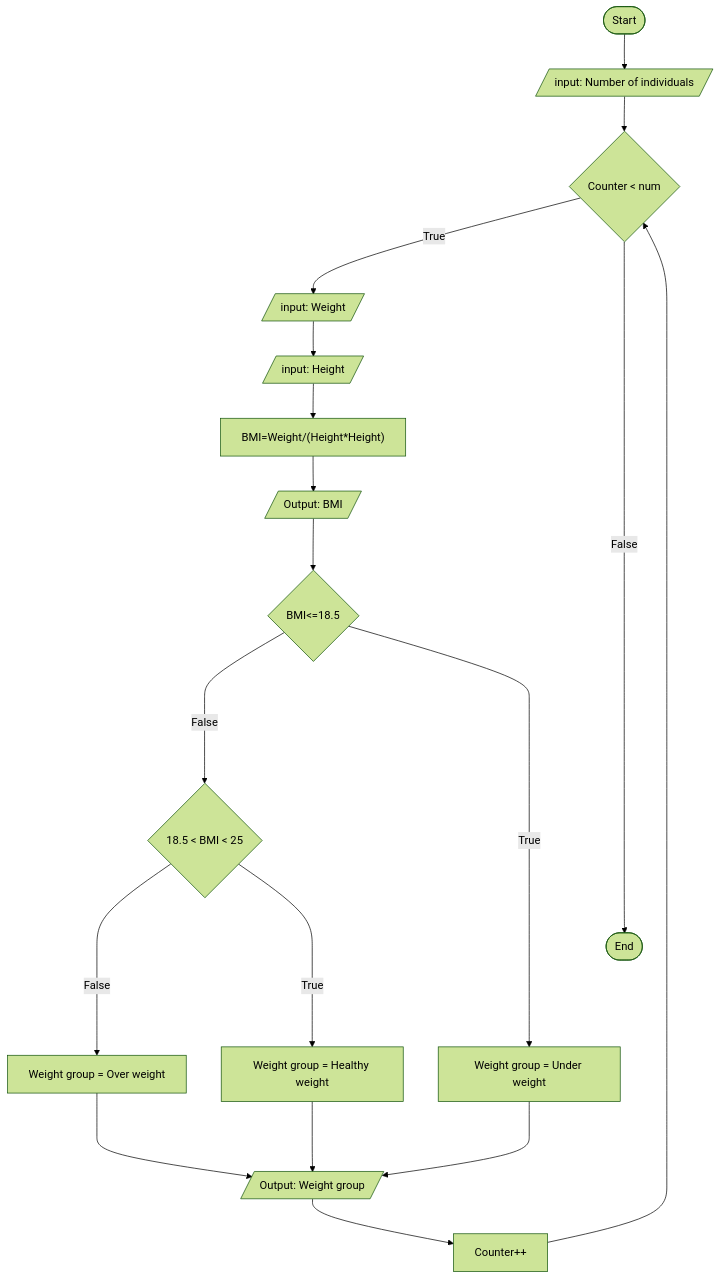
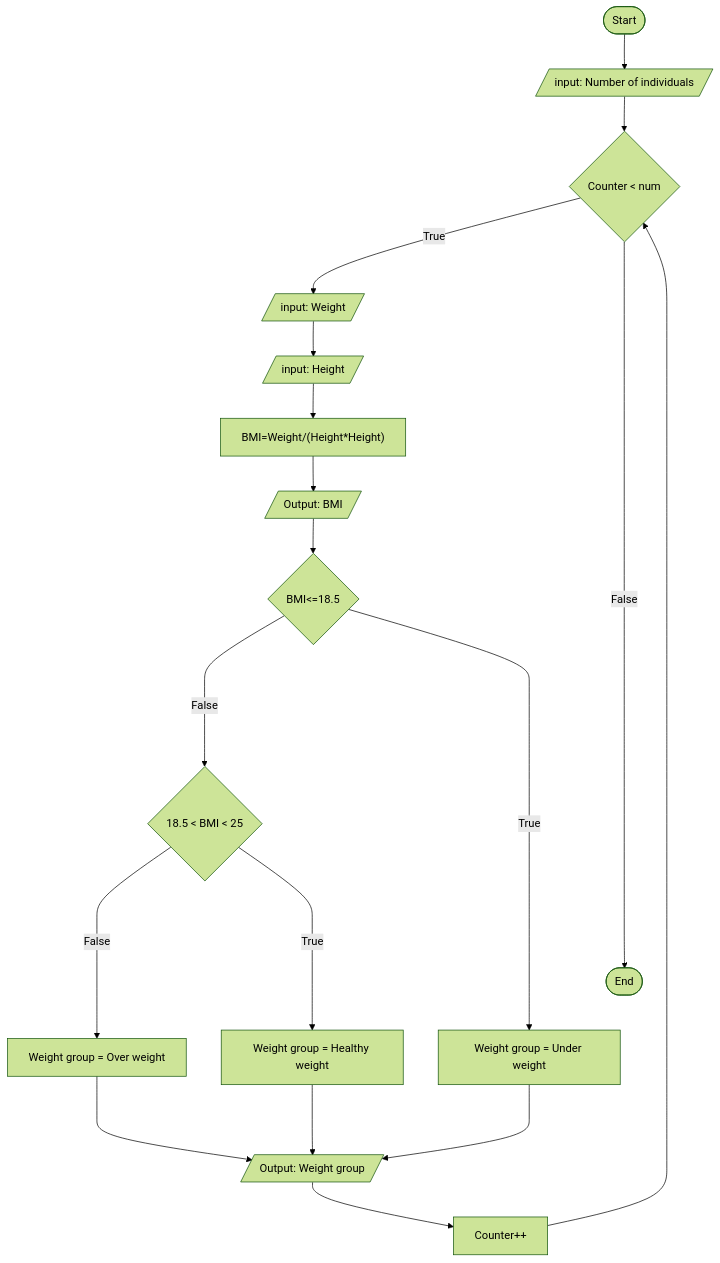
One commit to SWEG-2016EC-Batch/System32 changed the diagram in ETS1210_Sahleselase_Asmamaw/BMI_calculator.md. Above: the diagram before and after it, drawn with Mermaid (forest theme).

````diff
--- a/ETS1210_Sahleselase_Asmamaw/BMI_calculator.md
+++ b/ETS1210_Sahleselase_Asmamaw/BMI_calculator.md
@@ -37,22 +37,22 @@
 ``` mermaid
 flowchart 
 id1([Start])-->id2[/input: Number of individuals/]
 id2-->id3{Counter < num}
 
 id3--True-->id4[/input: Weight/]
 id4-->id5[/input: Height/]
 id5-->id6["BMI=Weight/(Height*Height)"] 
 id6-->id15[/Output: BMI/]
 id15-->id7{BMI<=18.5}
 id7--False--->id8{18.5 < BMI < 25}
 id8--False-->id9[Weight group = Over weight]
 id9--->id10[/Output: Weight group/]
 id7--True------->id11[Weight group = Under weight]
 id11--->id10
 id8--True---->id12[Weight group = Healthy weight]
 id12--->id10
 
-id3--False---------->id13([End])
+id3--False--------------->id13([End])
 id10-->id14[Counter++]
 id14-->id3
 ```
````
